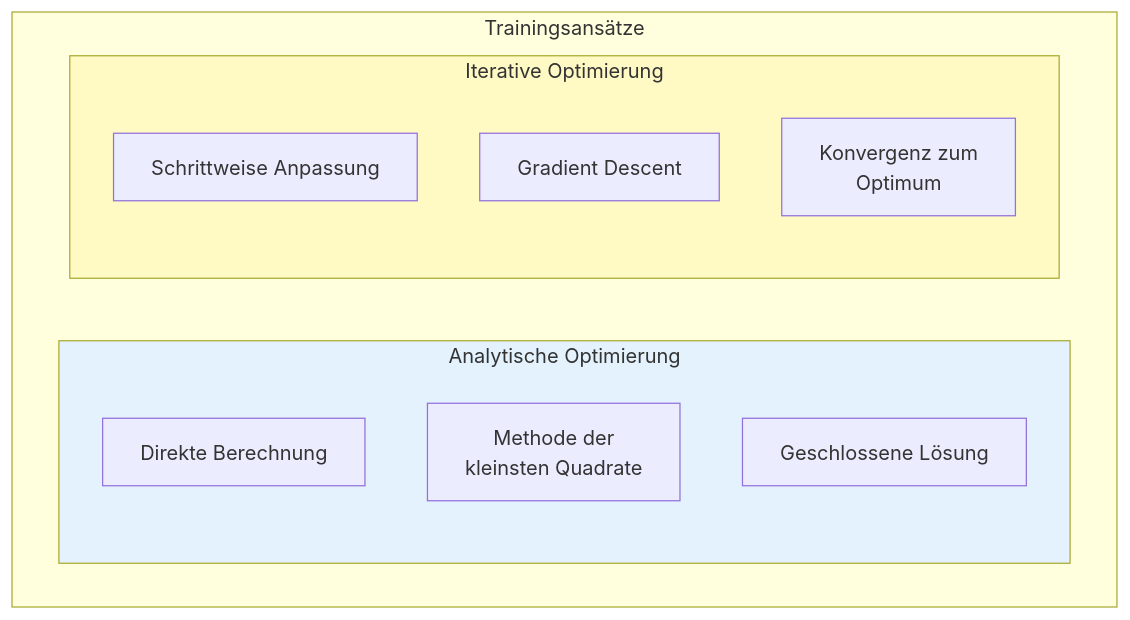
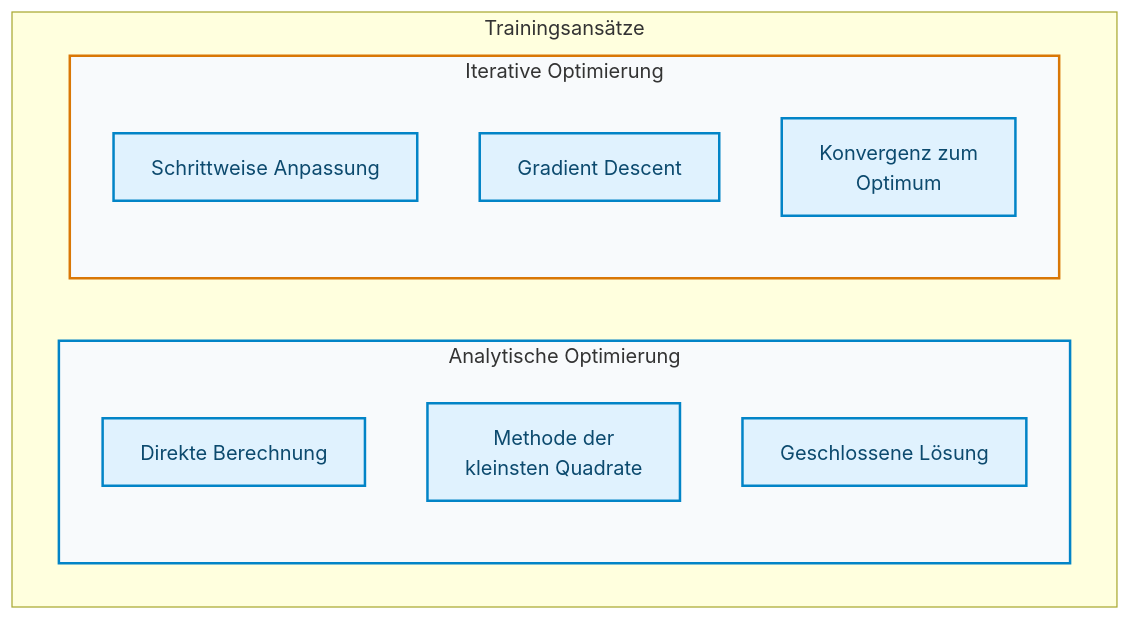
One commit to ralf-42/ML_Intro changed the first of 9 diagrams in docs/concepts/modeling/regression.md. Above: the diagram before and after it, drawn with Mermaid. The commit also changed other lines of this file and 67 other files, not shown here.

````diff
--- a/docs/concepts/modeling/regression.md
+++ b/docs/concepts/modeling/regression.md
@@ -83,21 +83,22 @@
 ```mermaid
 flowchart TB
     subgraph training["Trainingsansätze"]
         direction LR
         
         subgraph analytical["Analytische Optimierung"]
             A1["Direkte Berechnung"]
             A2["Methode der<br/>kleinsten Quadrate"]
             A3["Geschlossene Lösung"]
         end
         
         subgraph iterative["Iterative Optimierung"]
             I1["Schrittweise Anpassung"]
             I2["Gradient Descent"]
             I3["Konvergenz zum<br/>Optimum"]
         end
     end
-    
-    style analytical fill:#e3f2fd
-    style iterative fill:#fff9c4
+
+    classDef default fill:#e0f2fe,stroke:#0284c7,stroke-width:2px,color:#0c4a6e;
+    style analytical fill:#f8fafc,stroke:#0284c7,stroke-width:2px
+    style iterative fill:#f8fafc,stroke:#d97706,stroke-width:2px
 ```
````
